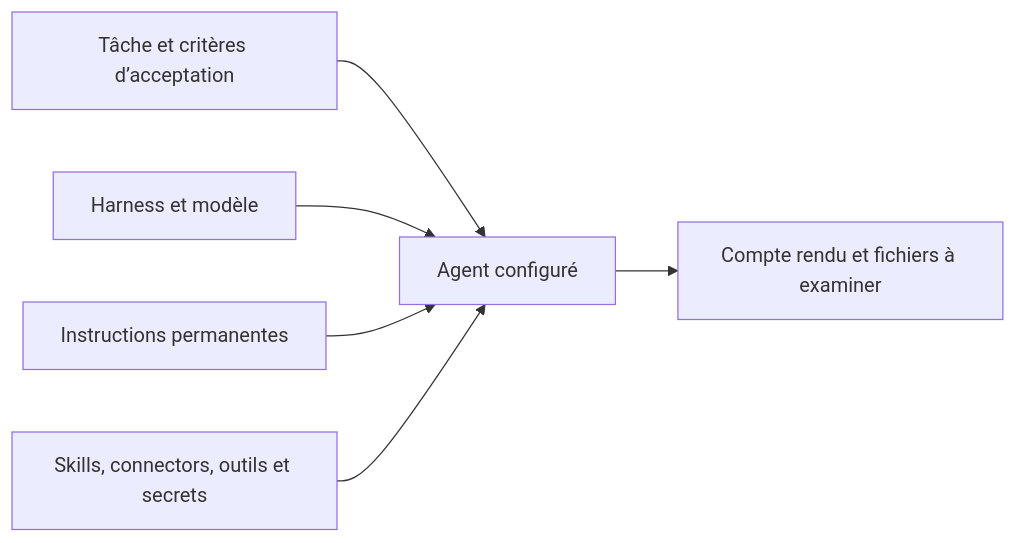
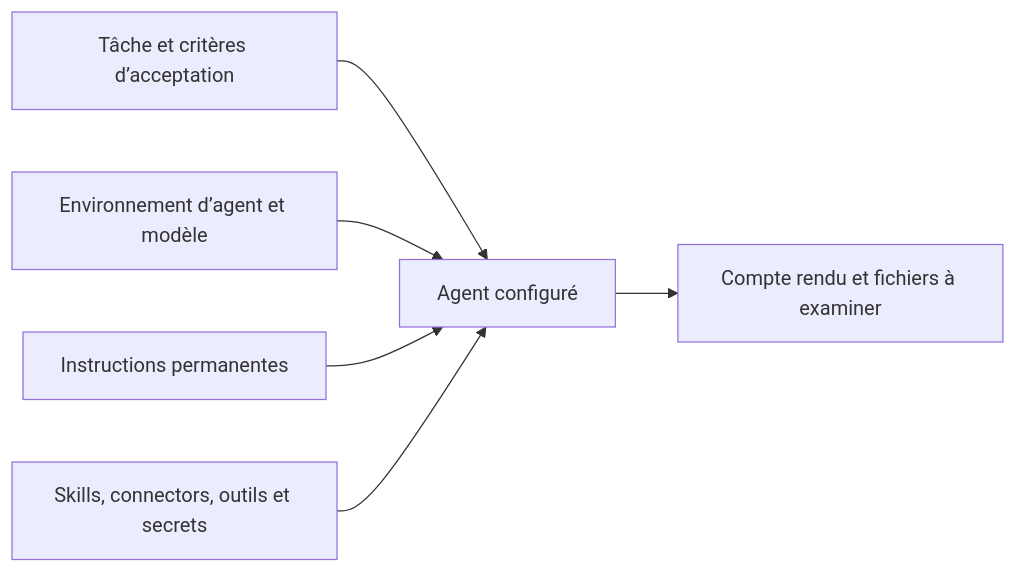
The diagram in docs/fr/platform/agents/concepts.md (tale-project/tale), drawn with Mermaid before and after one commit. The commit also changed other lines of this file and 106 other files, not shown here.

````diff
--- a/docs/fr/platform/agents/concepts.md
+++ b/docs/fr/platform/agents/concepts.md
@@ -37,8 +37,8 @@
 ```mermaid
 flowchart LR
     P[Tâche et critères d’acceptation] --> A[Agent configuré]
-    H[Harness et modèle] --> A
+    H[Environnement d’agent et modèle] --> A
     I[Instructions permanentes] --> A
     E[Skills, connectors, outils et secrets] --> A
     A --> R[Compte rendu et fichiers à examiner]
 ```
````
